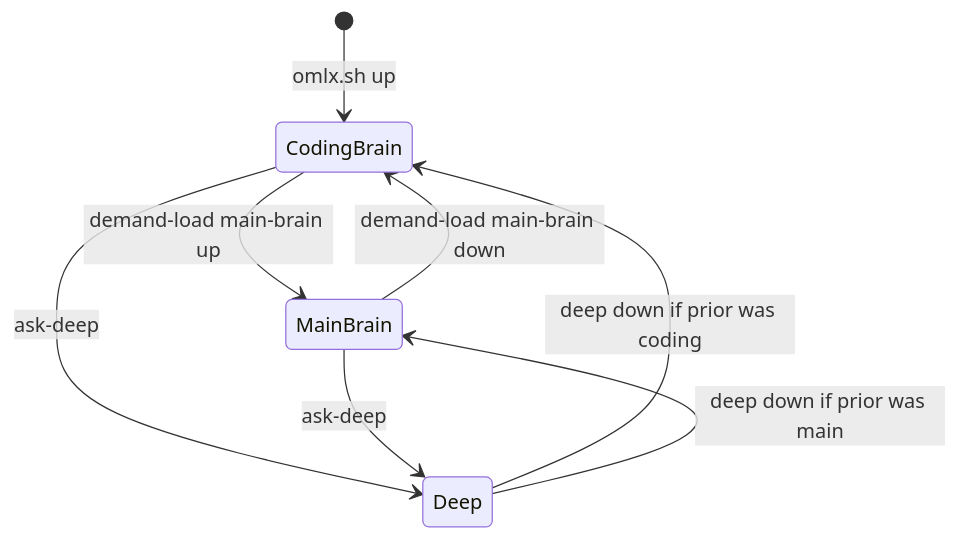
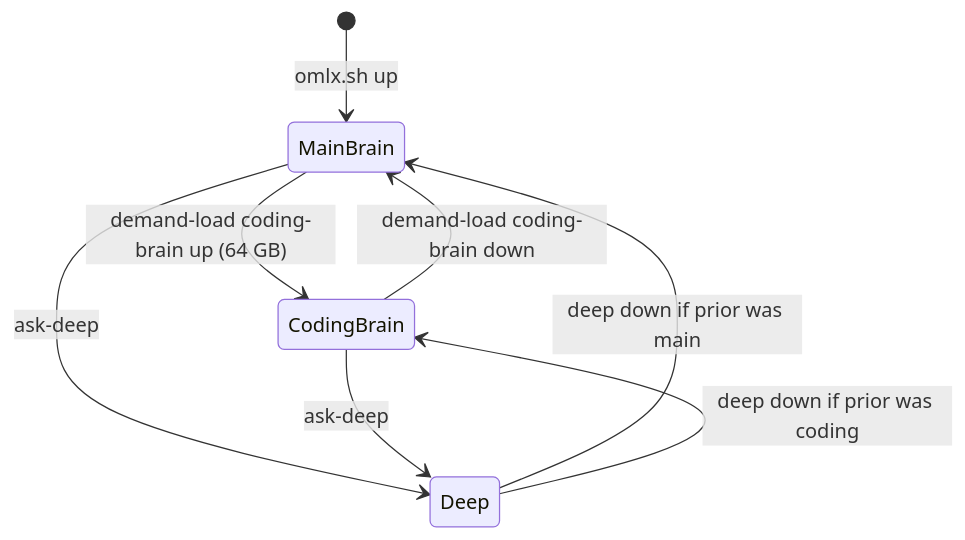
Before and after one commit to ouster/hearth: the second of 2 diagrams in docs/ARCHITECTURE.md, drawn with Mermaid. The commit also changed other lines of this file and 23 other files, not shown here.

First line of the commit message:
Make main-brain the resident on every tier (ADR 0048).

````diff
--- a/docs/ARCHITECTURE.md
+++ b/docs/ARCHITECTURE.md
@@ -54,10 +54,10 @@
 ```mermaid
 stateDiagram-v2
-  [*] --> CodingBrain: omlx.sh up
-  CodingBrain --> MainBrain: demand-load main-brain up
-  MainBrain --> CodingBrain: demand-load main-brain down
+  [*] --> MainBrain: omlx.sh up
+  MainBrain --> CodingBrain: demand-load coding-brain up (64 GB)
+  CodingBrain --> MainBrain: demand-load coding-brain down
+  MainBrain --> Deep: ask-deep
   CodingBrain --> Deep: ask-deep
-  MainBrain --> Deep: ask-deep
+  Deep --> MainBrain: deep down if prior was main
   Deep --> CodingBrain: deep down if prior was coding
-  Deep --> MainBrain: deep down if prior was main
 ```
````
